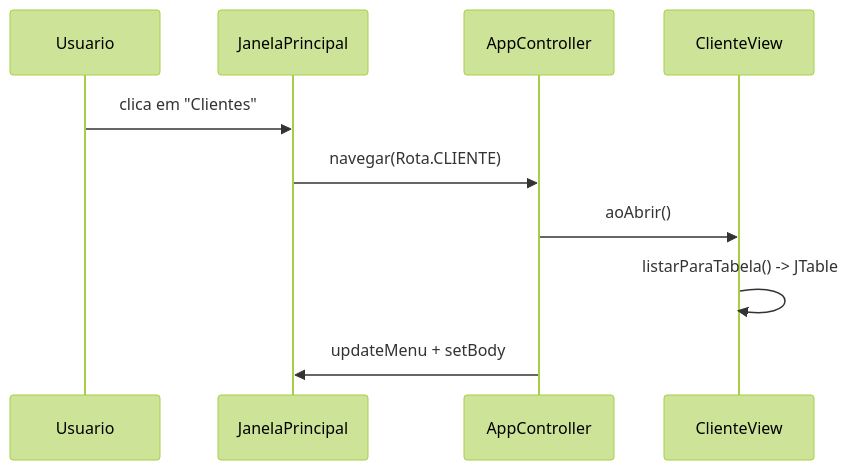
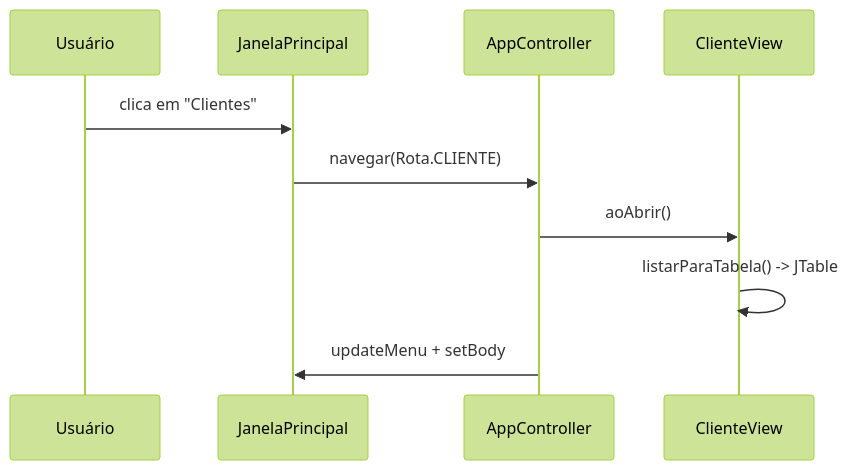
One commit to GabrielNFR/ConcessionariaBD changed the second of 2 diagrams in README.md. Above: the diagram before and after it, drawn with Mermaid (forest theme). The commit also changed other lines of this file and 5 other files, not shown here.

````diff
--- a/README.md
+++ b/README.md
@@ -86,12 +91,12 @@
 ```mermaid
 sequenceDiagram
-    participant U as Usuario
+    participant U as Usuário
     participant J as JanelaPrincipal
     participant C as AppController
     participant V as ClienteView
     U->>J: clica em "Clientes"
     J->>C: navegar(Rota.CLIENTE)
     C->>V: aoAbrir()
     V->>V: listarParaTabela() -> JTable
     C->>J: updateMenu + setBody
 ```
````
